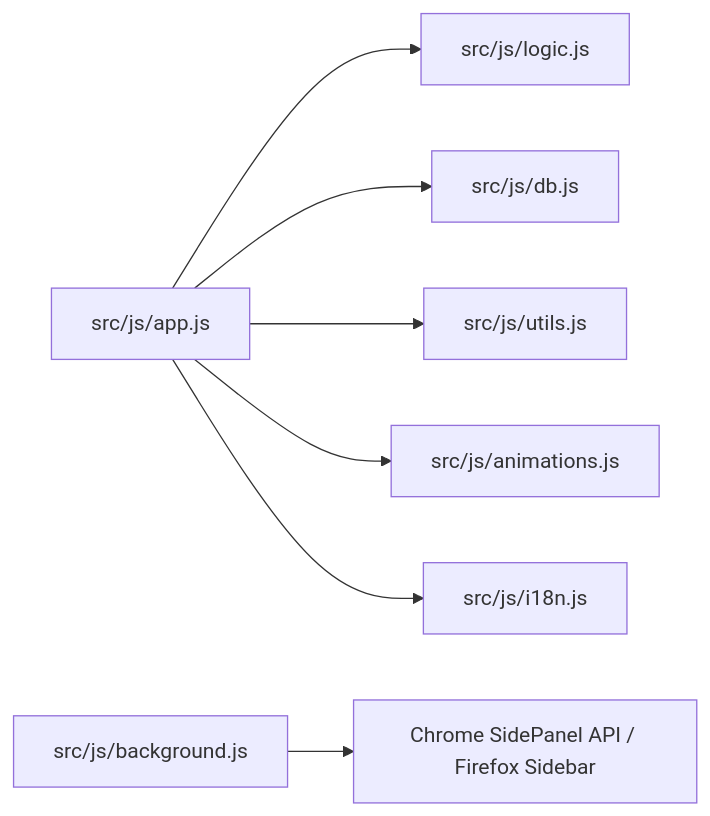
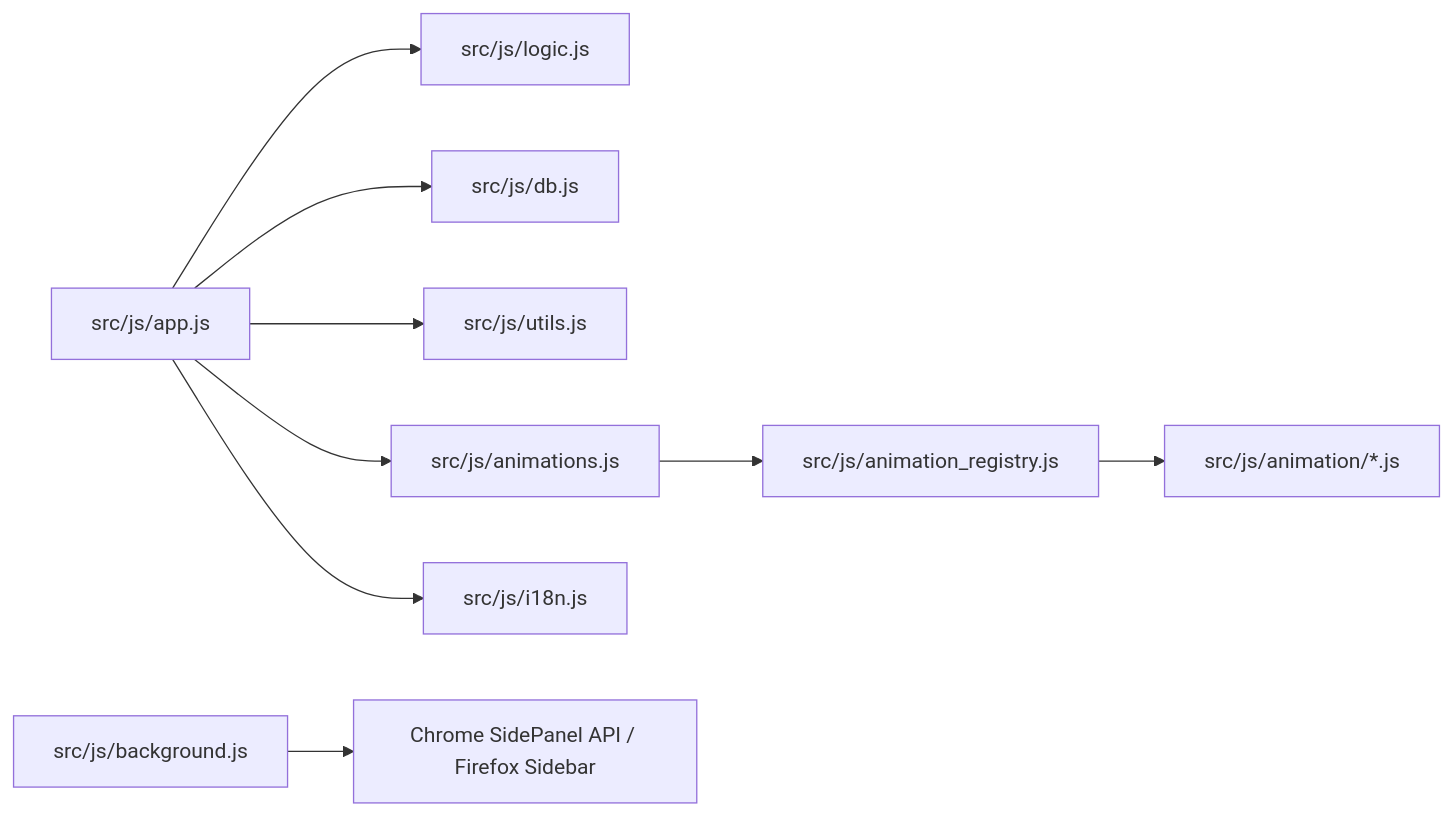
Before and after one commit to masanori-satake/QuickLog-Solo: the diagram in docs/spec.md, drawn with Mermaid. The commit also changed other lines of this file and 1 other file, not shown here.

First line of the commit message:
Refined modular animation system with full behavioral fixes

````diff
--- a/docs/spec.md
+++ b/docs/spec.md
@@ -105,9 +106,11 @@
 ```mermaid
 graph LR
     A[src/js/app.js] --> B[src/js/logic.js]
     A --> C[src/js/db.js]
     A --> D[src/js/utils.js]
     A --> F[src/js/animations.js]
+    F --> Registry[src/js/animation_registry.js]
+    Registry --> Modules[src/js/animation/*.js]
     A --> G[src/js/i18n.js]
     E[src/js/background.js] --> SidePanel[Chrome SidePanel API / Firefox Sidebar]
 ```
````
